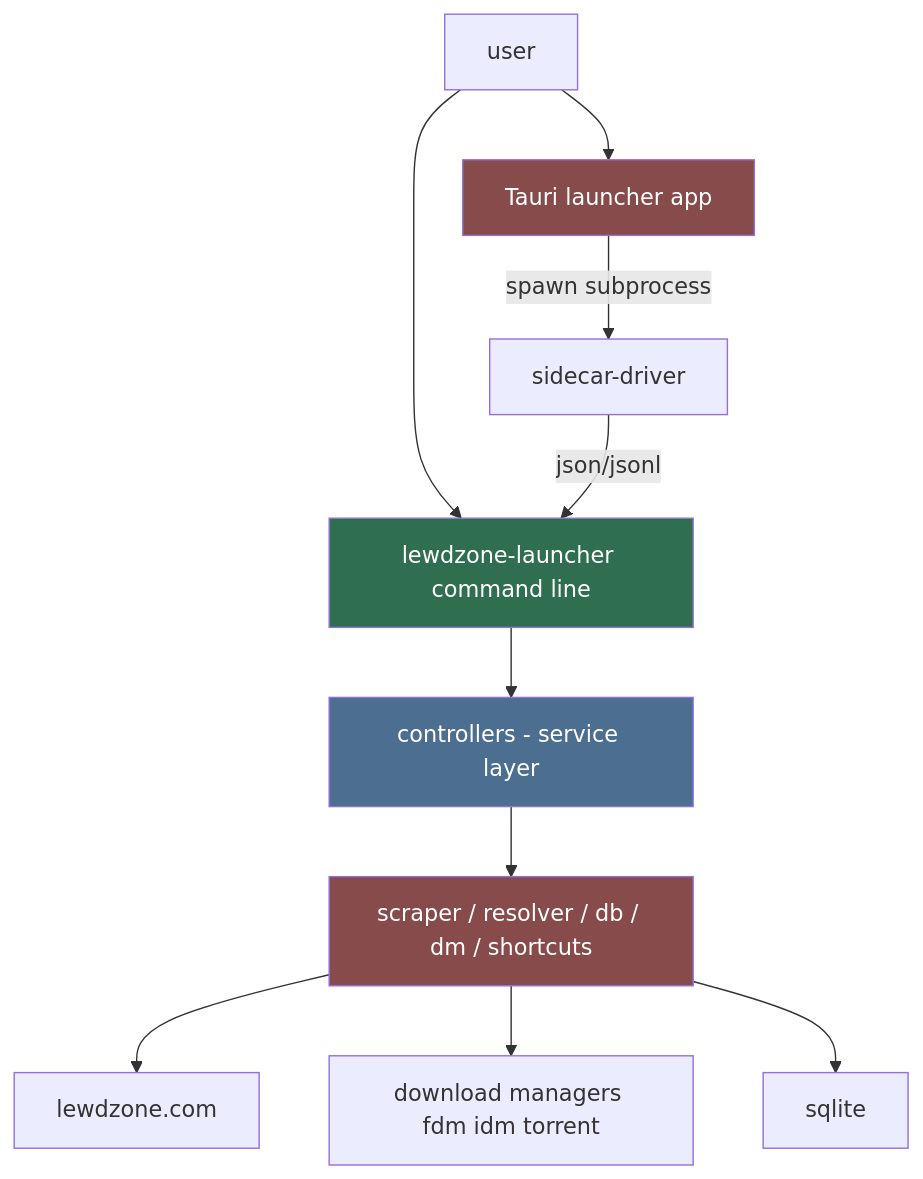
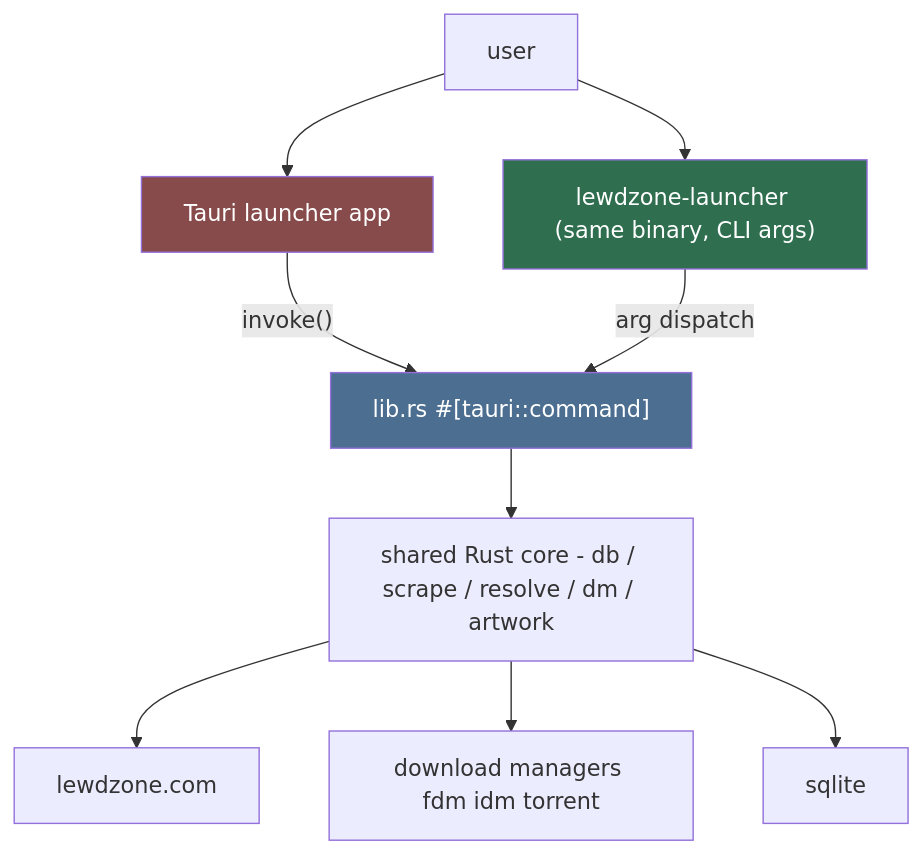
One commit to HELIX-Origin/LewdZone-Launcher changed the first of 2 diagrams in .agents/agents/cli/cli.md. Above: the diagram before and after it, drawn with Mermaid. The commit also changed other lines of this file and 217 other files, not shown here.

````diff
--- a/.agents/agents/cli/cli.md
+++ b/.agents/agents/cli/cli.md
@@ -30,17 +31,15 @@
 ```mermaid
 flowchart TD
     U[user] --> APP[Tauri launcher app]
-    U --> CLI[lewdzone-launcher command line]
-    APP -->|"spawn subprocess"| SD[sidecar-driver]
-    SD -->|"json/jsonl"| CLI
-    CLI --> CTL[controllers - service layer]
-    CTL --> SVC["scraper / resolver / db / dm / shortcuts"]
-    SVC --> SITE[lewdzone.com]
-    SVC --> DM["download managers fdm idm torrent"]
-    SVC --> SQL["sqlite"]
+    U --> CLI["lewdzone-launcher (same binary, CLI args)"]
+    APP -->|"invoke()"| CMD["lib.rs #[tauri::command]"]
+    CLI -->|"arg dispatch"| CMD
+    CMD --> CORE["shared Rust core - db / scrape / resolve / dm / artwork"]
+    CORE --> SITE[lewdzone.com]
+    CORE --> DM["download managers fdm idm torrent"]
+    CORE --> SQL["sqlite"]
 
     style APP fill:#874b4b,color:#fff
     style CLI fill:#2f6f4f,color:#fff
-    style CTL fill:#4b6e91,color:#fff
-    style SVC fill:#874b4b,color:#fff
+    style CMD fill:#4b6e91,color:#fff
 ```
````
